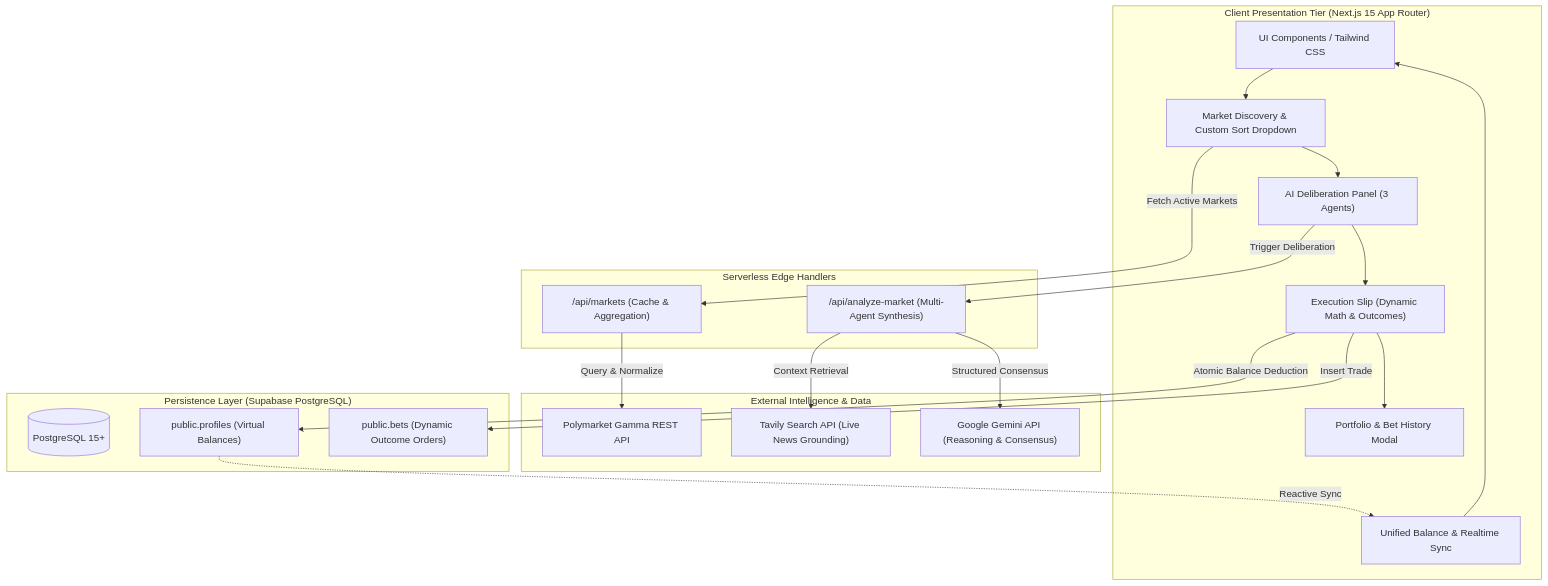
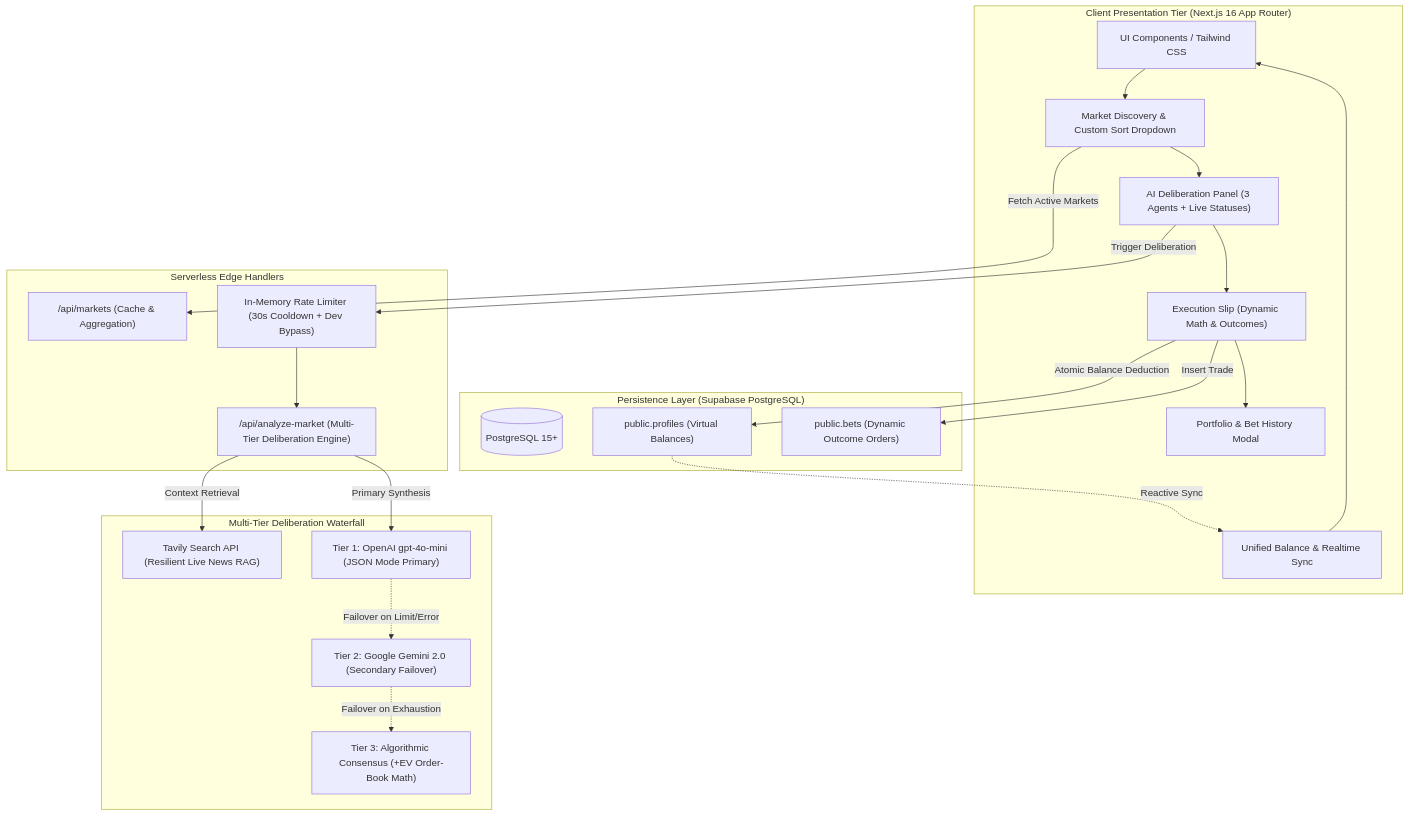
The first of 2 diagrams in README.md (jairrodriguezm/polymarket-ai-widget), drawn with Mermaid before and after one commit. The commit also changed other lines of this file and 5 other files, not shown here.

Commit message:
Added OpenAI api and added Gemini as a backup

````diff
--- a/README.md
+++ b/README.md
@@ -26,42 +28,46 @@
 ```mermaid
 graph TD
-  subgraph Client ["Client Presentation Tier (Next.js 15 App Router)"]
+  subgraph Client ["Client Presentation Tier (Next.js 16 App Router)"]
     UI["UI Components / Tailwind CSS"]
     Feed["Market Discovery & Custom Sort Dropdown"]
-    Committee["AI Deliberation Panel (3 Agents)"]
+    Committee["AI Deliberation Panel (3 Agents + Live Statuses)"]
     Slip["Execution Slip (Dynamic Math & Outcomes)"]
     PortfolioModal["Portfolio & Bet History Modal"]
     BalanceHook["Unified Balance & Realtime Sync"]
   end
 
   subgraph Edge ["Serverless Edge Handlers"]
     APIMarkets["/api/markets (Cache & Aggregation)"]
-    APIAnalyze["/api/analyze-market (Multi-Agent Synthesis)"]
+    APIAnalyze["/api/analyze-market (Multi-Tier Deliberation Engine)"]
+    RateLimiter["In-Memory Rate Limiter (30s Cooldown + Dev Bypass)"]
   end
 
-  subgraph ExternalServices ["External Intelligence & Data"]
-    Poly["Polymarket Gamma REST API"]
-    Tavily["Tavily Search API (Live News Grounding)"]
-    Gemini["Google Gemini API (Reasoning & Consensus)"]
+  subgraph AIWaterfall ["Multi-Tier Deliberation Waterfall"]
+    Tavily["Tavily Search API (Resilient Live News RAG)"]
+    Tier1["Tier 1: OpenAI gpt-4o-mini (JSON Mode Primary)"]
+    Tier2["Tier 2: Google Gemini 2.0 (Secondary Failover)"]
+    Tier3["Tier 3: Algorithmic Consensus (+EV Order-Book Math)"]
   end
 
   subgraph Persistence ["Persistence Layer (Supabase PostgreSQL)"]
     DB[(PostgreSQL 15+)]
     ProfilesTable["public.profiles (Virtual Balances)"]
     BetsTable["public.bets (Dynamic Outcome Orders)"]
   end
 
   UI --> Feed
   Feed --> Committee
   Committee --> Slip
   Slip --> PortfolioModal
   Feed -->|Fetch Active Markets| APIMarkets
-  APIMarkets -->|Query & Normalize| Poly
-  Committee -->|Trigger Deliberation| APIAnalyze
+  Committee -->|Trigger Deliberation| RateLimiter
+  RateLimiter --> APIAnalyze
   APIAnalyze -->|Context Retrieval| Tavily
-  APIAnalyze -->|Structured Consensus| Gemini
+  APIAnalyze -->|Primary Synthesis| Tier1
+  Tier1 -.->|Failover on Limit/Error| Tier2
+  Tier2 -.->|Failover on Exhaustion| Tier3
   Slip -->|Insert Trade| BetsTable
   Slip -->|Atomic Balance Deduction| ProfilesTable
   ProfilesTable -.->|Reactive Sync| BalanceHook
   BalanceHook --> UI
 ```
````
